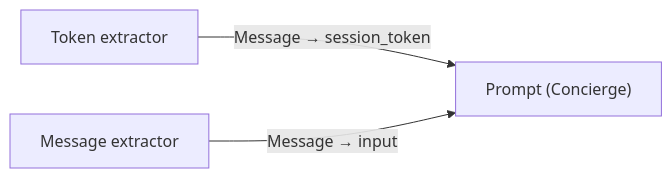
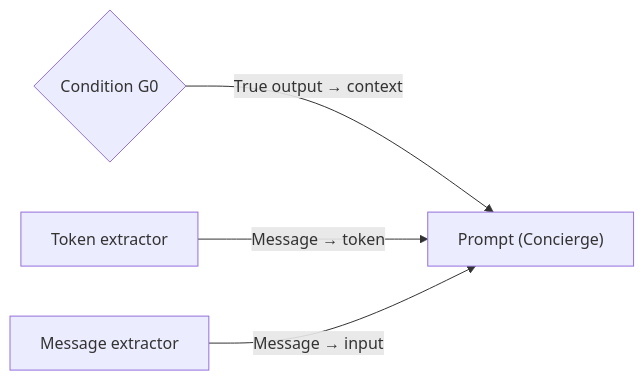
Before and after one commit to vmleon/oracle-database-private-agent-factory-poc: the ninth of 23 diagrams in paf/flows/CHAT_WORKFLOW.md, drawn with Mermaid. The commit also changed other lines of this file and 10 other files, not shown here.

````diff
--- a/paf/flows/CHAT_WORKFLOW.md
+++ b/paf/flows/CHAT_WORKFLOW.md
@@ -140,5 +236,6 @@
 ```mermaid
 flowchart LR
-    RT["Token extractor"] -->|Message → session_token| P["Prompt (Concierge)"]
+    G0{"Condition G0"} -->|True output → context| P["Prompt (Concierge)"]
+    RT["Token extractor"] -->|Message → token| P
     RM["Message extractor"] -->|Message → input| P
 ```
````
